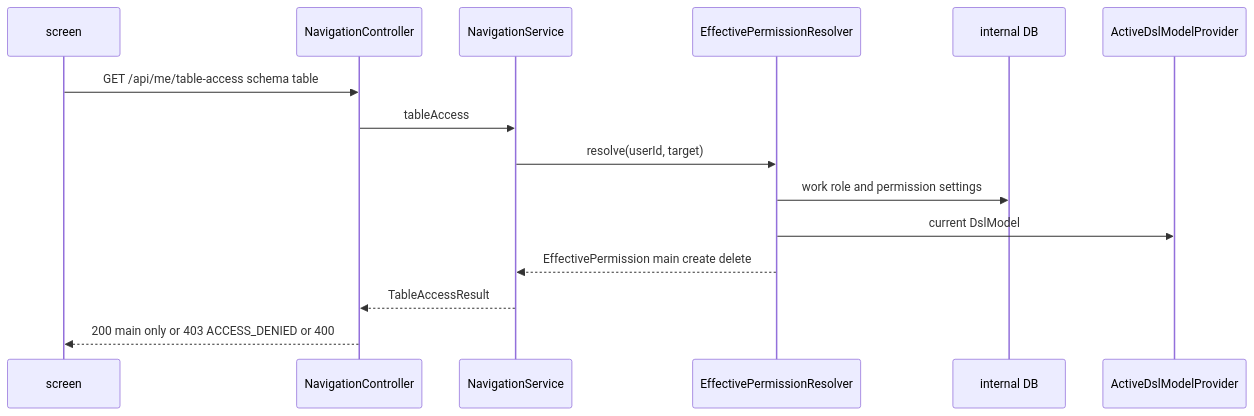
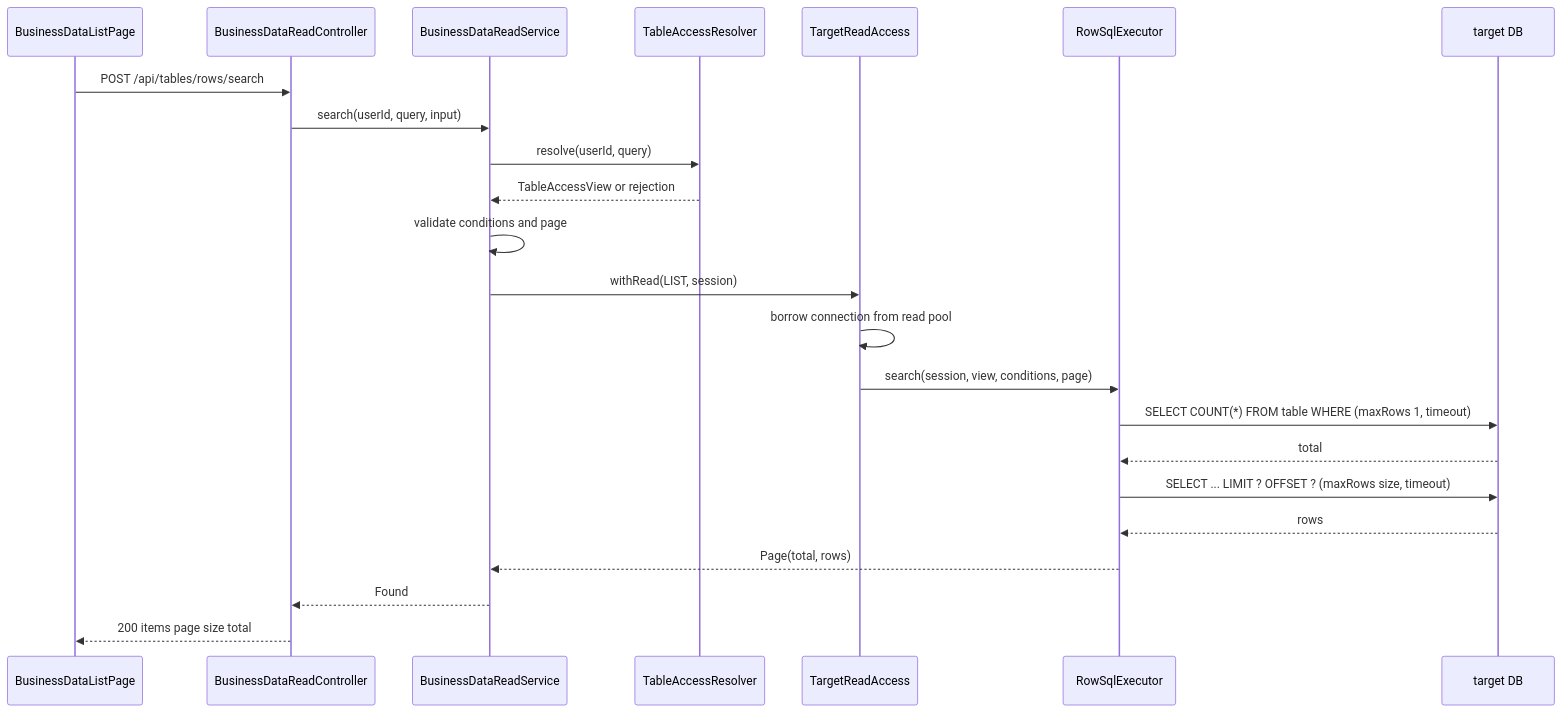
One commit to agwlvssainokuni/mastersmith2 changed the second of 2 diagrams in aidlc/spaces/default/codekb/mastersmith2/architecture.md. Above: the diagram before and after it, drawn with Mermaid. The commit also changed other lines of this file and 12 other files, not shown here.

````diff
--- a/aidlc/spaces/default/codekb/mastersmith2/architecture.md
+++ b/aidlc/spaces/default/codekb/mastersmith2/architecture.md
@@ -112,17 +75,25 @@
 ```mermaid
 sequenceDiagram
-  participant FE as screen
-  participant NC as NavigationController
-  participant NS as NavigationService
-  participant R as EffectivePermissionResolver
-  participant DB as internal DB
-  participant DP as ActiveDslModelProvider
-  FE->>NC: GET /api/me/table-access schema table
-  NC->>NS: tableAccess
-  NS->>R: resolve(userId, target)
-  R->>DB: work role and permission settings
-  R->>DP: current DslModel
-  R-->>NS: EffectivePermission main create delete
-  NS-->>NC: TableAccessResult
-  NC-->>FE: 200 main only or 403 ACCESS_DENIED or 400
+  participant FE as BusinessDataListPage
+  participant C as BusinessDataReadController
+  participant S as BusinessDataReadService
+  participant R as TableAccessResolver
+  participant TA as TargetReadAccess
+  participant X as RowSqlExecutor
+  participant T as target DB
+  FE->>C: POST /api/tables/rows/search
+  C->>S: search(userId, query, input)
+  S->>R: resolve(userId, query)
+  R-->>S: TableAccessView or rejection
+  S->>S: validate conditions and page
+  S->>TA: withRead(LIST, session)
+  TA->>TA: borrow connection from read pool
+  TA->>X: search(session, view, conditions, page)
+  X->>T: SELECT COUNT(*) FROM table WHERE (maxRows 1, timeout)
+  T-->>X: total
+  X->>T: SELECT ... LIMIT ? OFFSET ? (maxRows size, timeout)
+  T-->>X: rows
+  X-->>S: Page(total, rows)
+  S-->>C: Found
+  C-->>FE: 200 items page size total
 ```
````
